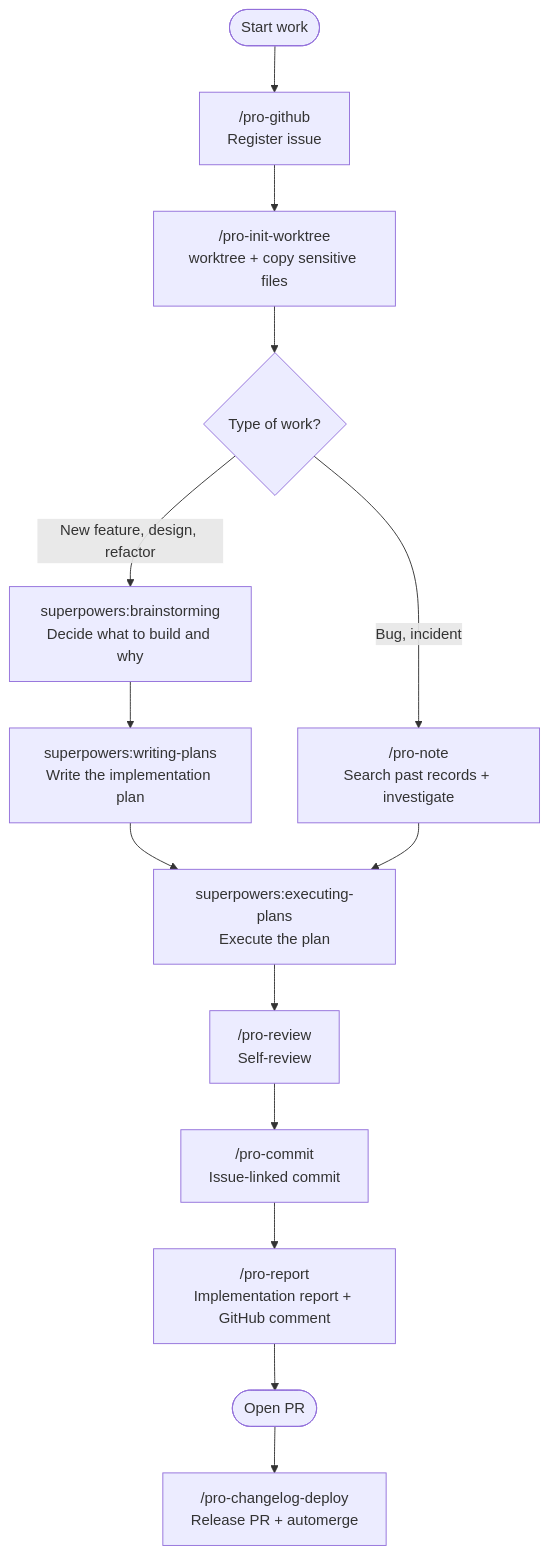
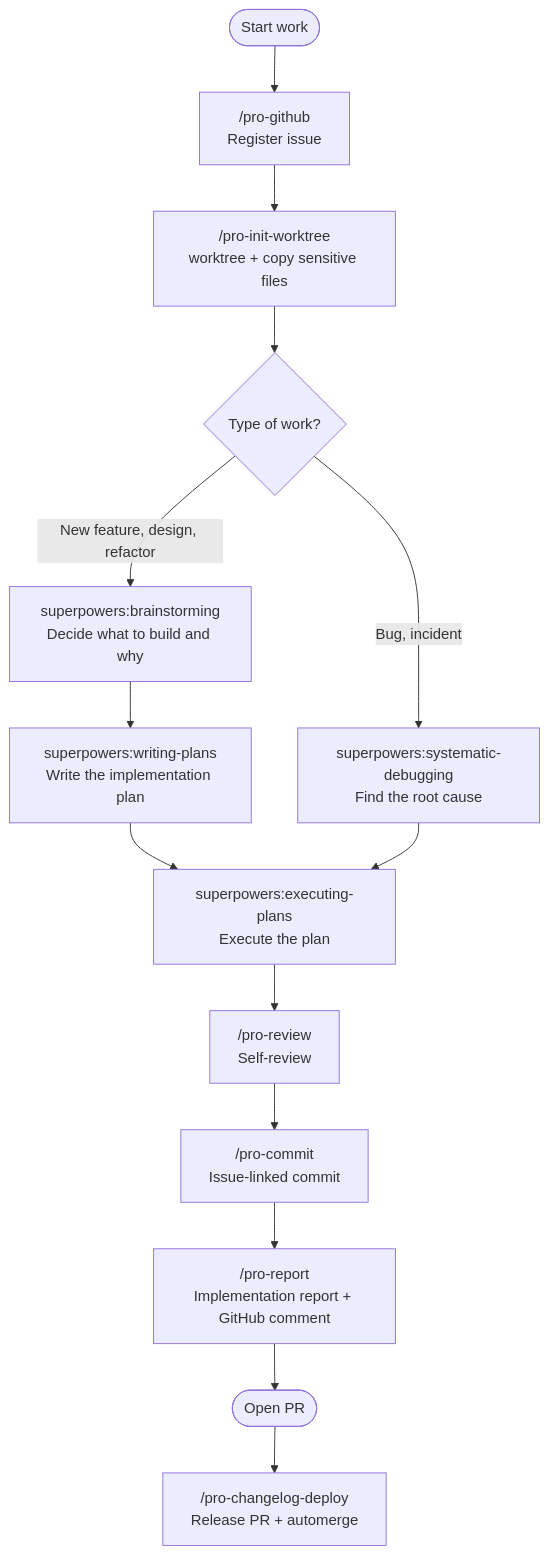
The diagram in docs/en/skills.md (Cassiiopeia/projectops), drawn with Mermaid before and after one commit. The commit also changed other lines of this file and 51 other files, not shown here.

````diff
--- a/docs/en/skills.md
+++ b/docs/en/skills.md
@@ -432,19 +384,19 @@
 ```mermaid
 flowchart TD
     A(["Start work"]) --> B["/pro-github<br/>Register issue"]
     B --> C["/pro-init-worktree<br/>worktree + copy sensitive files"]
     C --> D{"Type of work?"}
 
     D -->|New feature, design, refactor| E1["superpowers:brainstorming<br/>Decide what to build and why"]
-    D -->|Bug, incident| E2["/pro-note<br/>Search past records + investigate"]
+    D -->|Bug, incident| E2["superpowers:systematic-debugging<br/>Find the root cause"]
 
     E1 --> F1["superpowers:writing-plans<br/>Write the implementation plan"]
     F1 --> G1["superpowers:executing-plans<br/>Execute the plan"]
     E2 --> G1
 
     G1 --> H["/pro-review<br/>Self-review"]
     H --> I["/pro-commit<br/>Issue-linked commit"]
     I --> J["/pro-report<br/>Implementation report + GitHub comment"]
     J --> K(["Open PR"])
     K --> L["/pro-changelog-deploy<br/>Release PR + automerge"]
 ```
````
